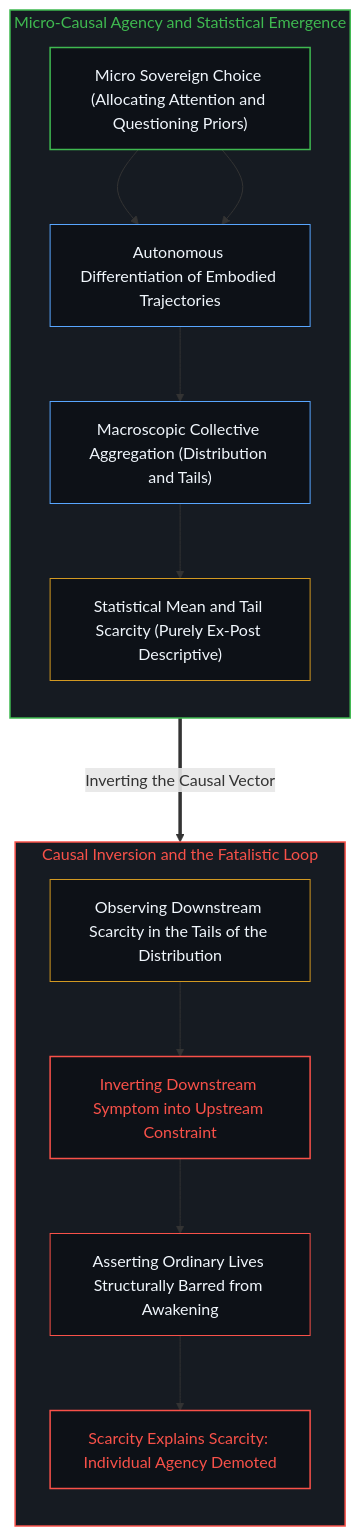
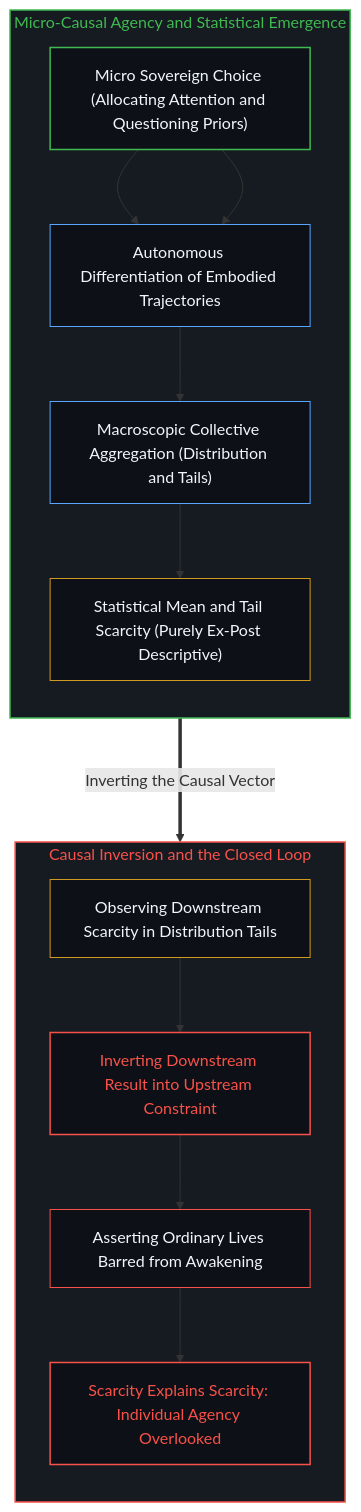
Before and after one commit to powerpig99/not-a-toe: the fourth of 4 diagrams in content/posts/the-form-of-enlightenment-and-the-inversion-of-gates.md, drawn with Mermaid. The commit also changed other lines of this file and 2 other files, not shown here.

````diff
--- a/content/posts/the-form-of-enlightenment-and-the-inversion-of-gates.md
+++ b/content/posts/the-form-of-enlightenment-and-the-inversion-of-gates.md
@@ -115,29 +115,29 @@
 ```mermaid
 graph TD
     subgraph S_TrueCausality_EN ["Micro-Causal Agency and Statistical Emergence"]
         direction TB
         TCE_Choice["Micro Sovereign Choice (Allocating Attention and Questioning Priors)"] --> TCE_Traj["Autonomous Differentiation of Embodied Trajectories"]
         TCE_Macro["Macroscopic Collective Aggregation (Distribution and Tails)"]
         TCE_Choice --> TCE_Traj --> TCE_Macro --> TCE_StatDesc["Statistical Mean and Tail Scarcity (Purely Ex-Post Descriptive)"]
     end
 
-    subgraph S_InvertedIllusion_EN ["Causal Inversion and the Fatalistic Loop"]
+    subgraph S_InvertedIllusion_EN ["Causal Inversion and the Closed Loop"]
         direction TB
-        IIE_Scarcity["Observing Downstream Scarcity in the Tails of the Distribution"] --> IIE_Inversion["Inverting Downstream Symptom into Upstream Constraint"]
-        IIE_Inversion --> IIE_Preclude["Asserting Ordinary Lives Structurally Barred from Awakening"]
-        IIE_Preclude --> IIE_Paralysis["Scarcity Explains Scarcity: Individual Agency Demoted"]
+        IIE_Scarcity["Observing Downstream Scarcity in Distribution Tails"] --> IIE_Inversion["Inverting Downstream Result into Upstream Constraint"]
+        IIE_Inversion --> IIE_Preclude["Asserting Ordinary Lives Barred from Awakening"]
+        IIE_Preclude --> IIE_Paralysis["Scarcity Explains Scarcity: Individual Agency Overlooked"]
     end
 
     TCE_StatDesc ===>|"Inverting the Causal Vector"| IIE_Scarcity
 
     style S_TrueCausality_EN fill:#161b22,stroke:#3fb950,stroke-width:1.5px,color:#3fb950
     style S_InvertedIllusion_EN fill:#161b22,stroke:#f85149,stroke-width:1.5px,color:#f85149
     style TCE_Choice fill:#0d1117,stroke:#3fb950,stroke-width:1.5px,color:#f0f6fc
     style TCE_Traj fill:#0d1117,stroke:#58a6ff,stroke-width:1px,color:#f0f6fc
     style TCE_Macro fill:#0d1117,stroke:#58a6ff,stroke-width:1px,color:#f0f6fc
     style TCE_StatDesc fill:#0d1117,stroke:#d29922,stroke-width:1px,color:#f0f6fc
     style IIE_Scarcity fill:#0d1117,stroke:#d29922,stroke-width:1px,color:#f0f6fc
     style IIE_Inversion fill:#0d1117,stroke:#f85149,stroke-width:1.5px,color:#f85149
     style IIE_Preclude fill:#0d1117,stroke:#f85149,stroke-width:1px,color:#f0f6fc
     style IIE_Paralysis fill:#0d1117,stroke:#f85149,stroke-width:1.5px,color:#f85149
 ```
````
